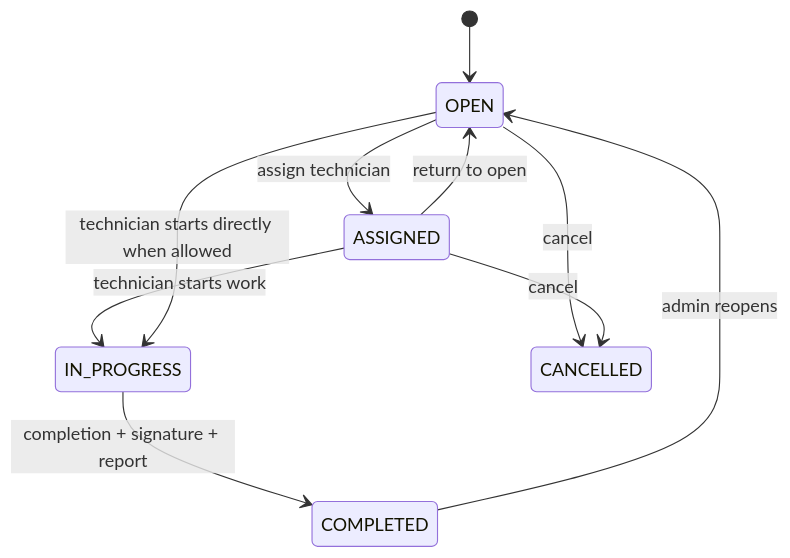
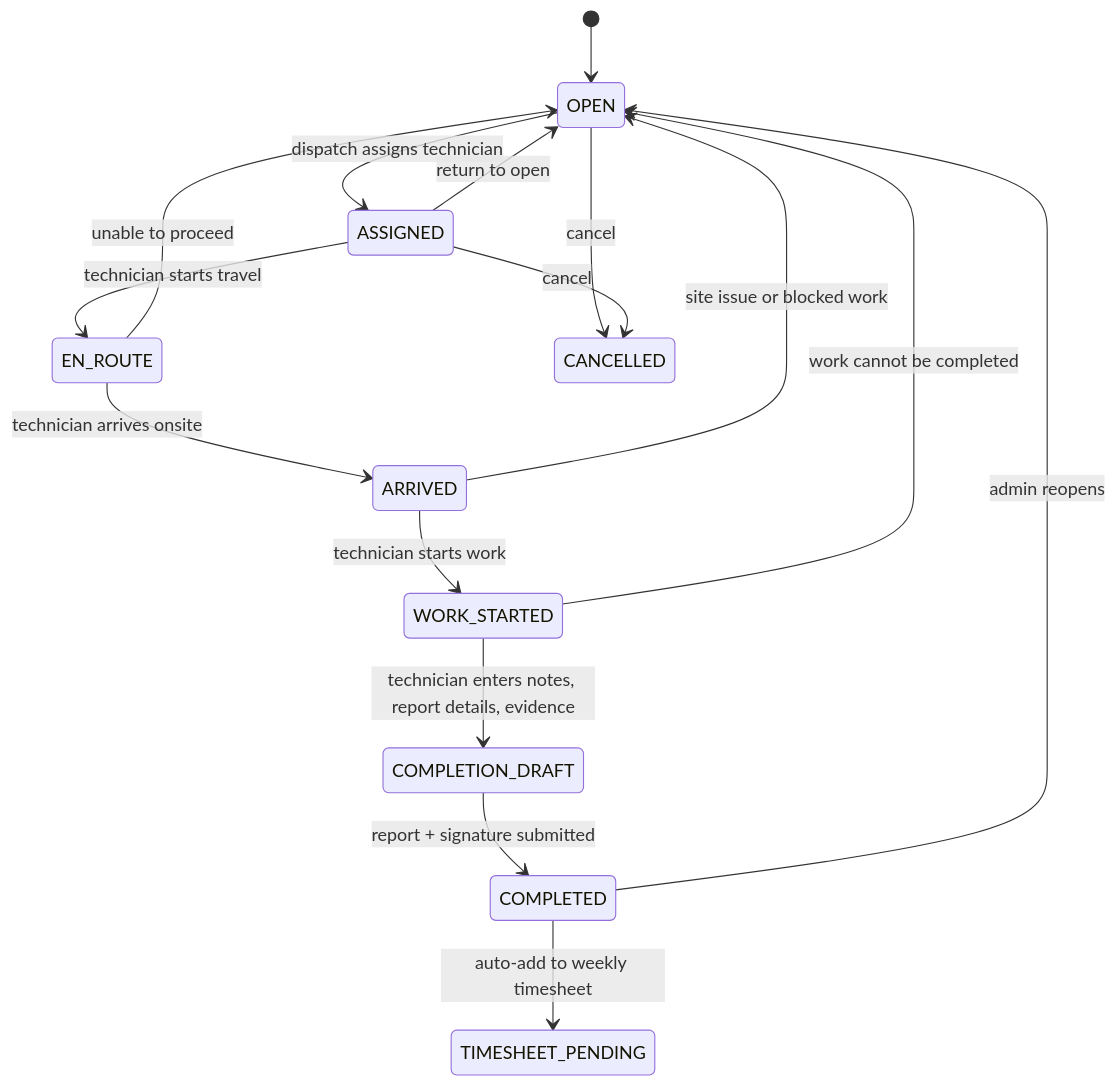
The sixth of 13 diagrams in README.MD (skawuma/A3-FSM-Deployment), drawn with Mermaid before and after one commit. The commit also changed other lines of this file and 1 other file, not shown here.

Commit message:
Document Sprint 13 roadmap and timesheet workflows

````diff
--- a/README.MD
+++ b/README.MD
@@ -266,12 +361,19 @@
 ```mermaid
 stateDiagram-v2
     [*] --> OPEN
-    OPEN --> ASSIGNED: assign technician
-    ASSIGNED --> IN_PROGRESS: technician starts work
-    OPEN --> IN_PROGRESS: technician starts directly when allowed
-    IN_PROGRESS --> COMPLETED: completion + signature + report
+    OPEN --> ASSIGNED: dispatch assigns technician
+    ASSIGNED --> EN_ROUTE: technician starts travel
+    EN_ROUTE --> ARRIVED: technician arrives onsite
+    ARRIVED --> WORK_STARTED: technician starts work
+    WORK_STARTED --> COMPLETION_DRAFT: technician enters notes, report details, evidence
+    COMPLETION_DRAFT --> COMPLETED: report + signature submitted
+    COMPLETED --> TIMESHEET_PENDING: auto-add to weekly timesheet
+
     ASSIGNED --> OPEN: return to open
+    EN_ROUTE --> OPEN: unable to proceed
+    ARRIVED --> OPEN: site issue or blocked work
+    WORK_STARTED --> OPEN: work cannot be completed
     OPEN --> CANCELLED: cancel
     ASSIGNED --> CANCELLED: cancel
     COMPLETED --> OPEN: admin reopens
 ```
````
